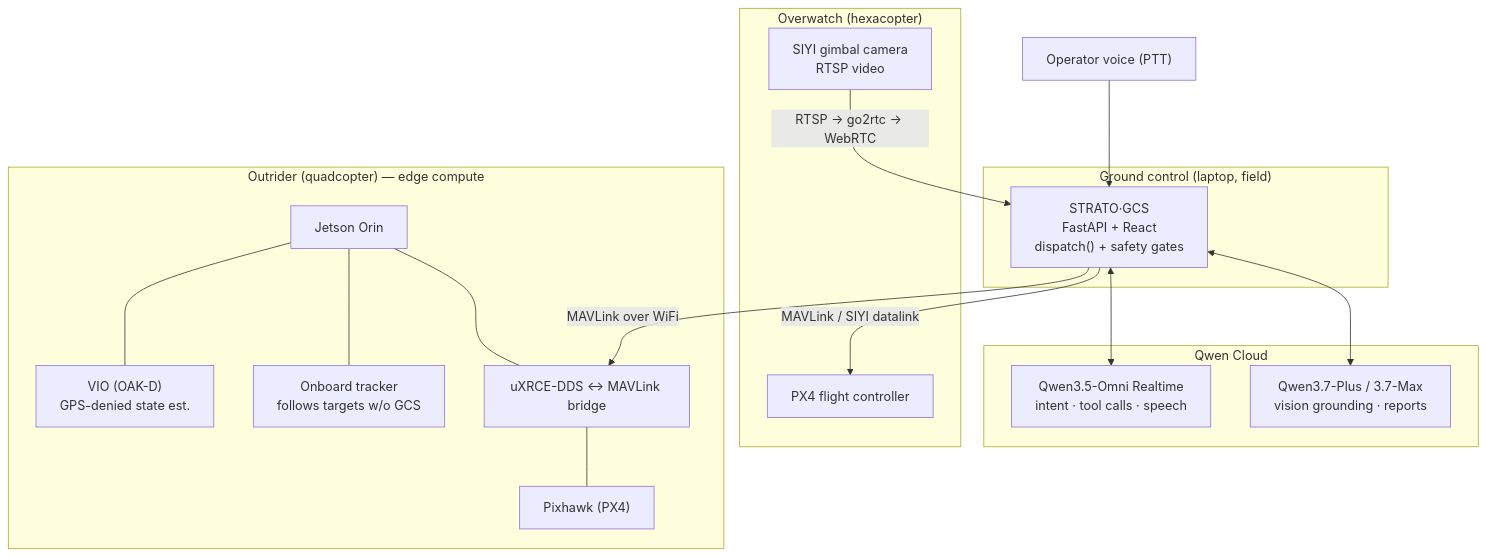
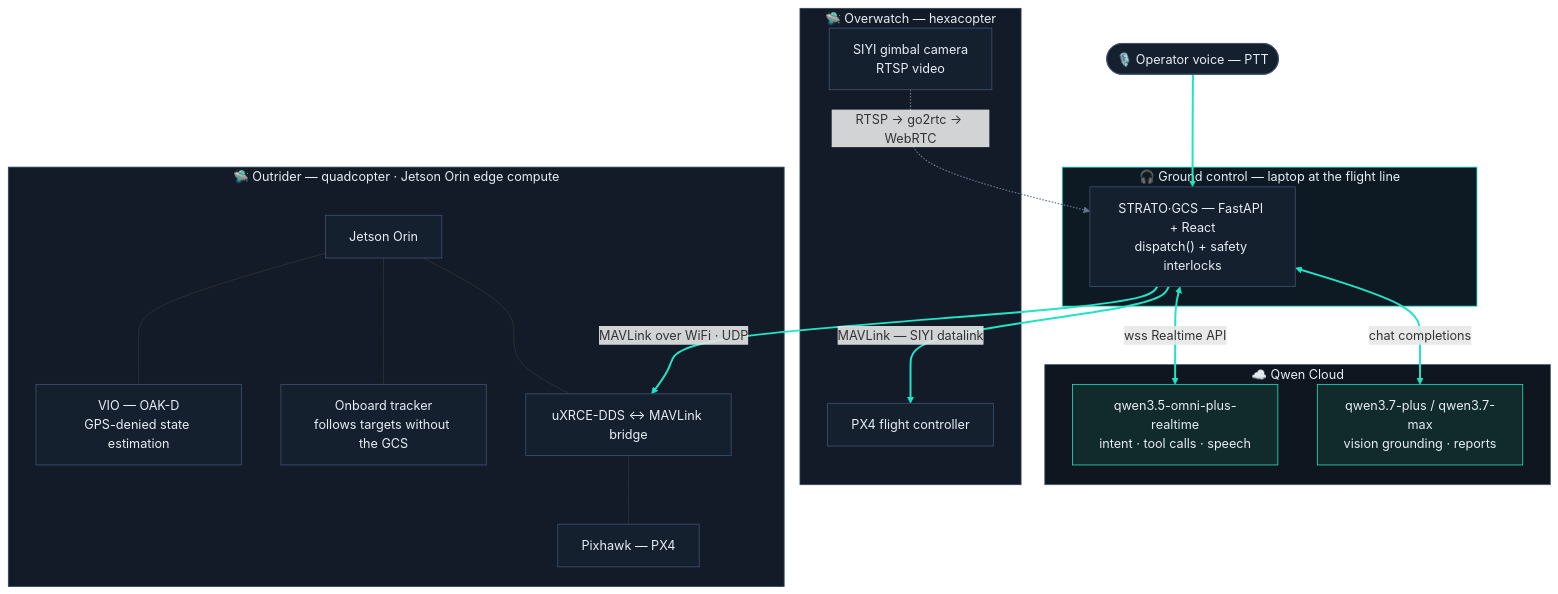
One commit to nadeembinshajahan/stado changed the third of 3 diagrams in ARCHITECTURE.md. Above: the diagram before and after it, drawn with Mermaid. The commit also changed other lines of this file and 4 other files, not shown here.

First line of the commit message:
docs: hand-crafted dark-theme architecture diagram (SVG/PNG/HTML) + styled Mermaid rewrite

````diff
--- a/ARCHITECTURE.md
+++ b/ARCHITECTURE.md
@@ -88,34 +157,47 @@
 ```mermaid
 flowchart TB
-    subgraph Cloud["Qwen Cloud"]
-        QW["Qwen3.5-Omni Realtime<br/>intent · tool calls · speech"]
-        QV2["Qwen3.7-Plus / 3.7-Max<br/>vision grounding · reports"]
+    subgraph Cloud["☁️ Qwen Cloud"]
+        QW["qwen3.5-omni-plus-realtime<br/>intent · tool calls · speech"]
+        QV2["qwen3.7-plus / qwen3.7-max<br/>vision grounding · reports"]
     end
 
-    subgraph GCSs["Ground control (laptop, field)"]
-        GCS["STRATO·GCS<br/>FastAPI + React<br/>dispatch() + safety gates"]
+    subgraph GCSs["🎧 Ground control — laptop at the flight line"]
+        GCS["STRATO·GCS — FastAPI + React<br/>dispatch() + safety interlocks"]
     end
 
-    subgraph OW["Overwatch (hexacopter)"]
+    subgraph OW["🛸 Overwatch — hexacopter"]
         FC1["PX4 flight controller"]
         CAM["SIYI gimbal camera<br/>RTSP video"]
     end
 
-    subgraph OR["Outrider (quadcopter) — edge compute"]
+    subgraph OR["🛸 Outrider — quadcopter · Jetson Orin edge compute"]
         J["Jetson Orin"]
-        VIO["VIO (OAK-D)<br/>GPS-denied state est."]
-        TRK["Onboard tracker<br/>follows targets w/o GCS"]
+        VIO["VIO — OAK-D<br/>GPS-denied state estimation"]
+        TRK["Onboard tracker<br/>follows targets without the GCS"]
         DDS["uXRCE-DDS ↔ MAVLink bridge"]
-        FC2["Pixhawk (PX4)"]
+        FC2["Pixhawk — PX4"]
         J --- VIO
         J --- TRK
         J --- DDS --- FC2
     end
 
-    OP["Operator voice (PTT)"] --> GCS
-    GCS <--> QW
-    GCS <--> QV2
-    GCS -- "MAVLink / SIYI datalink" --> FC1
-    GCS -- "MAVLink over WiFi" --> DDS
-    CAM -- "RTSP → go2rtc → WebRTC" --> GCS
+    OP(["🎙️ Operator voice — PTT"]) --> GCS
+    GCS <-->|"wss Realtime API"| QW
+    GCS <-->|"chat completions"| QV2
+    GCS -->|"MAVLink — SIYI datalink"| FC1
+    GCS -->|"MAVLink over WiFi · UDP"| DDS
+    CAM -.->|"RTSP → go2rtc → WebRTC"| GCS
+
+    classDef cloudBox fill:#10161f,stroke:#4a5d78,color:#e6edf3
+    classDef groundBox fill:#0d1a24,stroke:#22e3c4,color:#e6edf3
+    classDef edgeBox fill:#131b28,stroke:#33465f,color:#e6edf3
+    classDef node fill:#15202f,stroke:#3d5271,color:#e6edf3
+    classDef model fill:#112a2b,stroke:#22e3c4,color:#e6edf3
+    class Cloud cloudBox
+    class GCSs groundBox
+    class OW,OR edgeBox
+    class GCS,FC1,CAM,J,VIO,TRK,DDS,FC2,OP node
+    class QW,QV2 model
+    linkStyle 4,5,6,7,8 stroke:#22e3c4,stroke-width:2.5px
+    linkStyle 9 stroke:#64748b,stroke-width:1.5px
 ```
````
